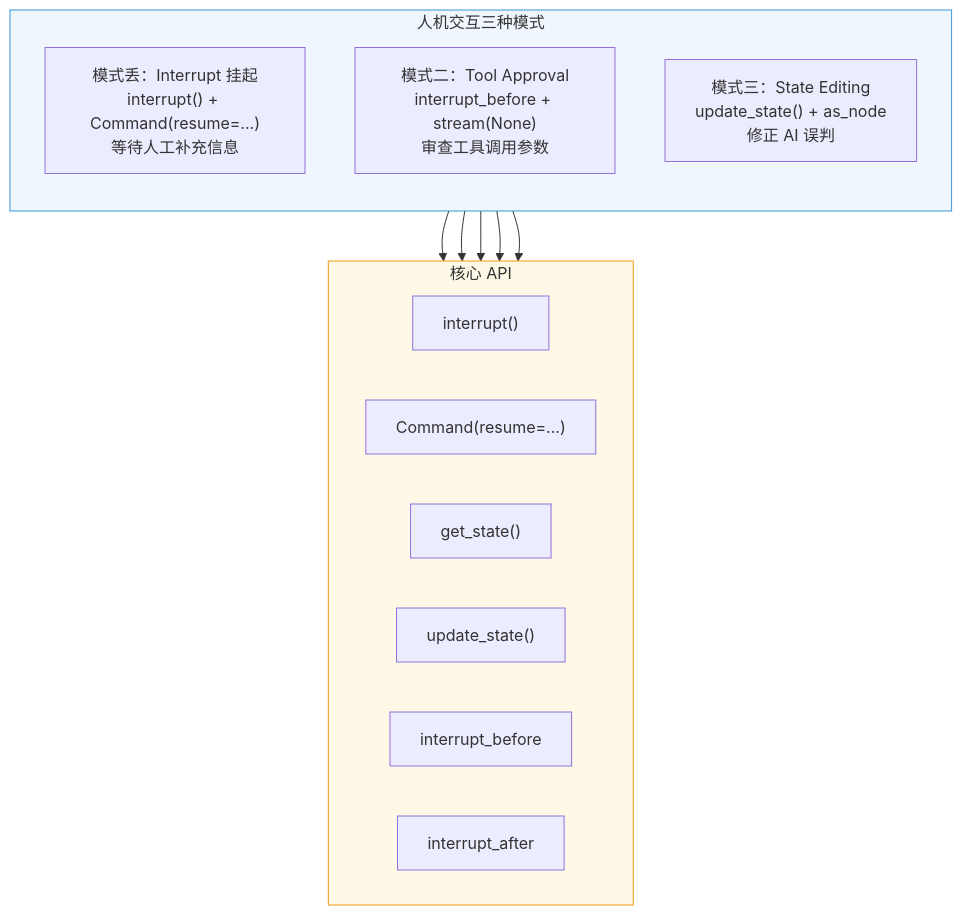
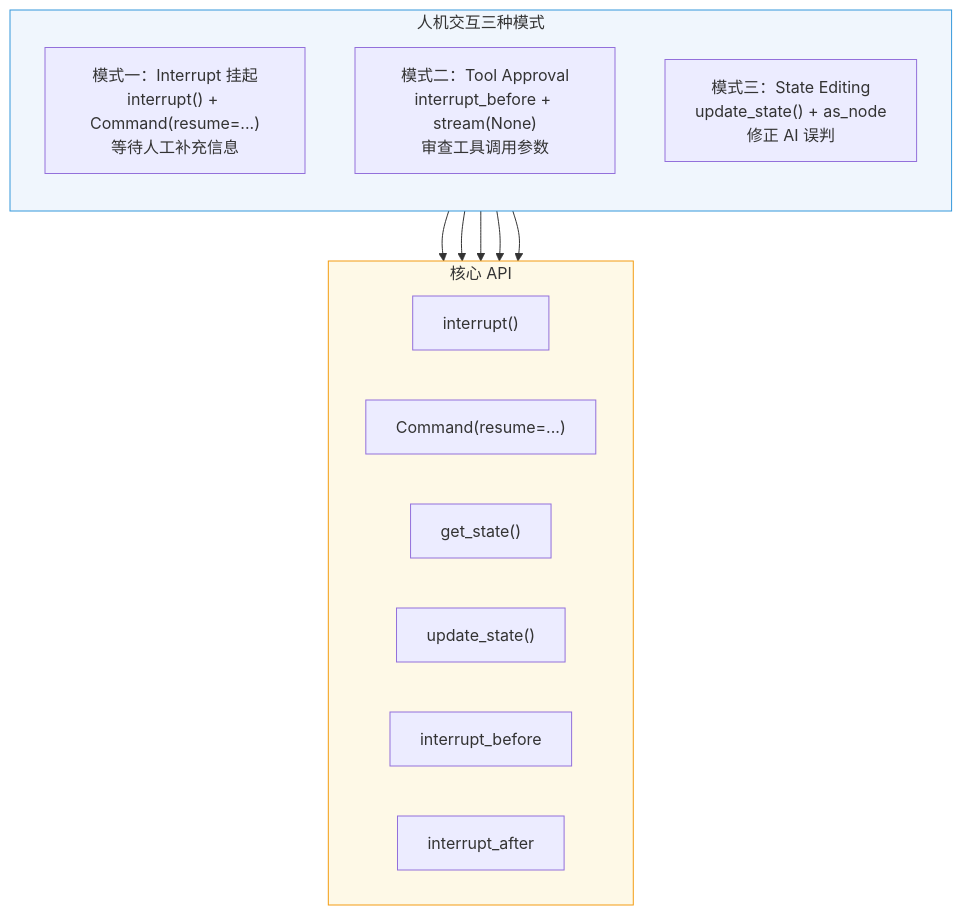
One commit to shuh-ai/agent-dev-guide changed the fourth of 8 diagrams in 02-开发框架与平台/LangGraph/03-持久化与人工干预.md. Above: the diagram before and after it, drawn with Mermaid. The commit also changed other lines of this file and 9 other files, not shown here.

Commit message:
fix：细化核心图表及相关描述，提升逻辑清晰度

````diff
--- a/02-开发框架与平台/LangGraph/03-持久化与人工干预.md
+++ b/02-开发框架与平台/LangGraph/03-持久化与人工干预.md
@@ -275,28 +275,28 @@
 ```mermaid
 graph TB
     subgraph HITL["人机交互三种模式"]
         direction TB
-        M1["模式丢：Interrupt 挂起<br/>interrupt() + Command(resume=...)<br/>等待人工补充信息"]
+        M1["模式一：Interrupt 挂起<br/>interrupt() + Command(resume=...)<br/>等待人工补充信息"]
         M2["模式二：Tool Approval<br/>interrupt_before + stream(None)<br/>审查工具调用参数"]
         M3["模式三：State Editing<br/>update_state() + as_node<br/>修正 AI 误判"]
     end
 
     subgraph API["核心 API"]
         direction LR
         A1["interrupt()"]
         A2["Command(resume=...)"]
         A3["get_state()"]
         A4["update_state()"]
         A5["interrupt_before"]
         A6["interrupt_after"]
     end
 
     M1 --> A1
     M1 --> A2
     M2 --> A3
     M2 --> A5
     M3 --> A4
 
     style HITL fill:#f0f6fd,stroke:#3498db
     style API fill:#fef9e7,stroke:#f39c12
 ```
````
